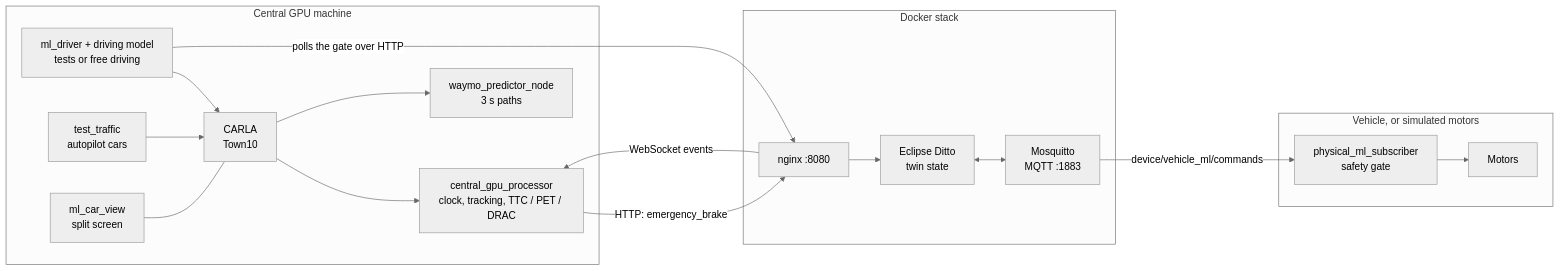
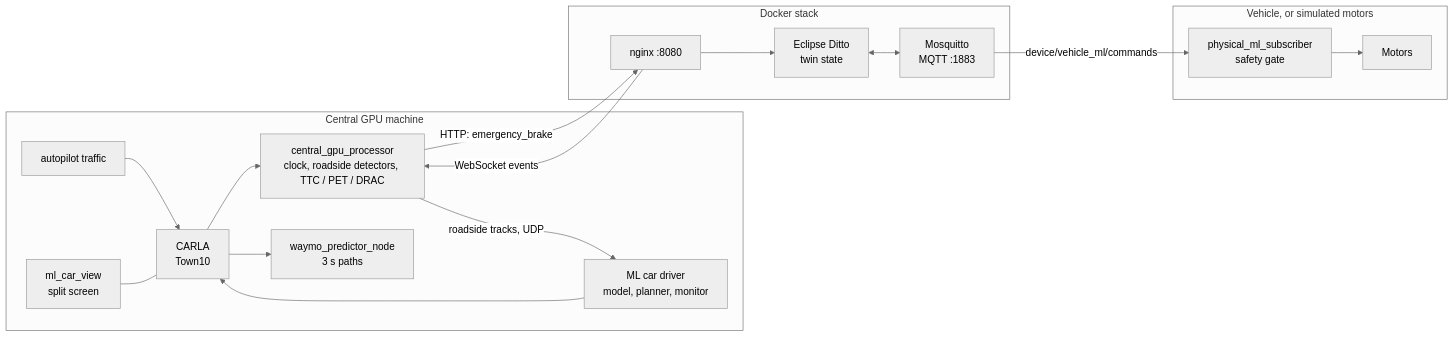
Before and after one commit to JaceMonforton/Intersection-Digital-Twin-2027: the first of 2 diagrams in README.md, drawn with Mermaid (neutral theme). The commit also changed other lines of this file and 2 other files, not shown here.

````diff
--- a/README.md
+++ b/README.md
@@ -219,22 +207,22 @@
 ```mermaid
 flowchart LR
     subgraph GPU["Central GPU machine"]
-        C["CARLA<br/>Town10"] --> P["central_gpu_processor<br/>clock, tracking, TTC / PET / DRAC"]
+        C["CARLA<br/>Town10"] --> P["central_gpu_processor<br/>clock, roadside detectors, TTC / PET / DRAC"]
         C --> W["waymo_predictor_node<br/>3 s paths"]
-        S["ml_driver + driving model<br/>tests or free driving"] --> C
-        T["test_traffic<br/>autopilot cars"] --> C
+        S["ML car driver<br/>model, planner, monitor"] --> C
+        T["autopilot traffic"] --> C
         V["ml_car_view<br/>split screen"] --- C
+        P -->|"roadside tracks, UDP"| S
     end
     subgraph Infra["Docker stack"]
         N["nginx :8080"] --> D["Eclipse Ditto<br/>twin state"]
         Q["Mosquitto<br/>MQTT :1883"]
     end
     subgraph Vehicle["Vehicle, or simulated motors"]
         G["physical_ml_subscriber<br/>safety gate"] --> M["Motors"]
     end
     N -->|WebSocket events| P
     P -->|"HTTP: emergency_brake"| N
     D <--> Q
     Q -->|device/vehicle_ml/commands| G
-    S -->|polls the gate over HTTP| N
 ```
````
